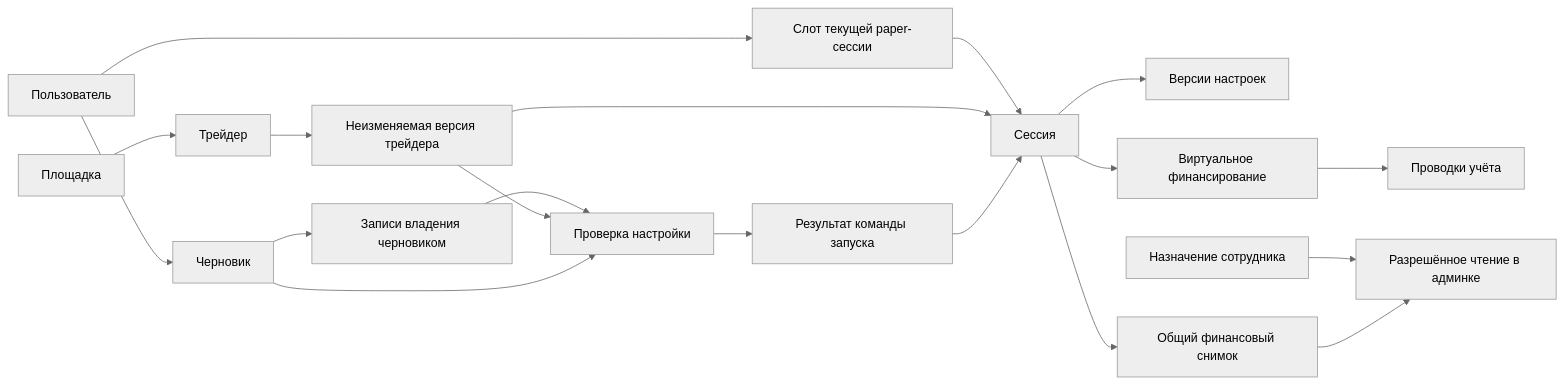
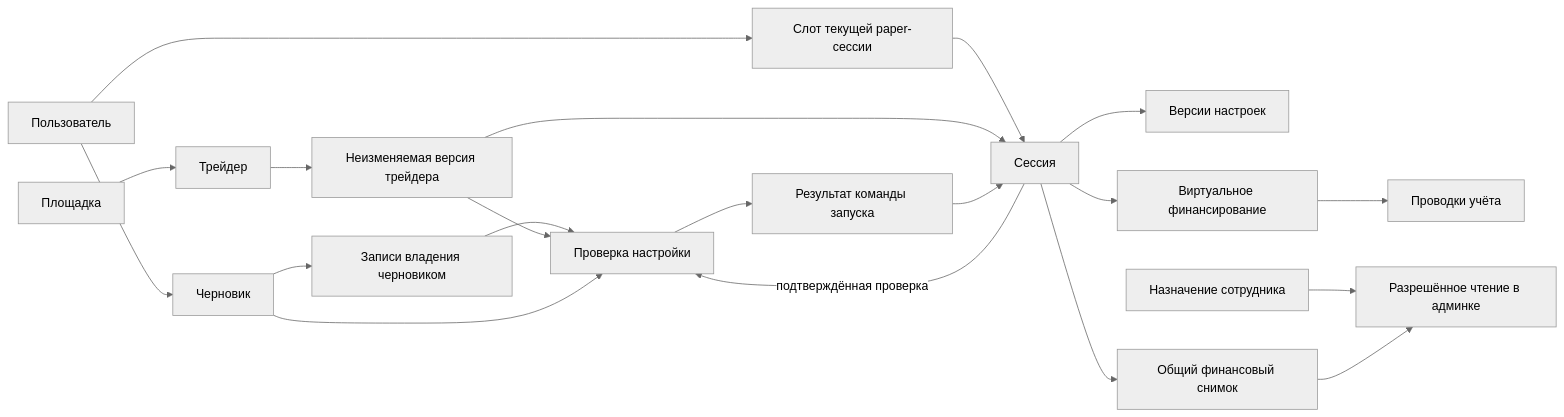
One commit to denius89/polymarket-copy-trading changed the diagram in docs/technical/first-session/data-model.md. Above: the diagram before and after it, drawn with Mermaid (neutral theme). The commit also changed other lines of this file and 6 other files, not shown here.

````diff
--- a/docs/technical/first-session/data-model.md
+++ b/docs/technical/first-session/data-model.md
@@ -11,21 +11,22 @@
 ```mermaid
 flowchart LR
   U[Пользователь] --> D[Черновик]
   U --> G[Слот текущей paper-сессии]
   G --> S[Сессия]
   V[Площадка] --> T[Трейдер]
   T --> TR[Неизменяемая версия трейдера]
   TR --> S
   D --> O[Записи владения черновиком]
   O --> R
   TR --> R
   D --> R[Проверка настройки]
   R --> C[Результат команды запуска]
   C --> S
+  S -->|подтверждённая проверка| R
   S --> N[Версии настроек]
   S --> F[Виртуальное финансирование]
   F --> L[Проводки учёта]
   S --> P[Общий финансовый снимок]
   A[Назначение сотрудника] --> Q[Разрешённое чтение в админке]
   P --> Q
 ```
````
